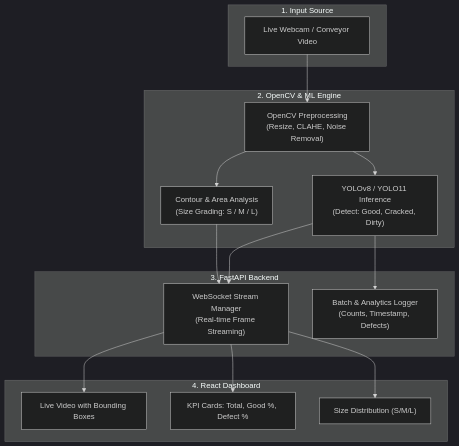
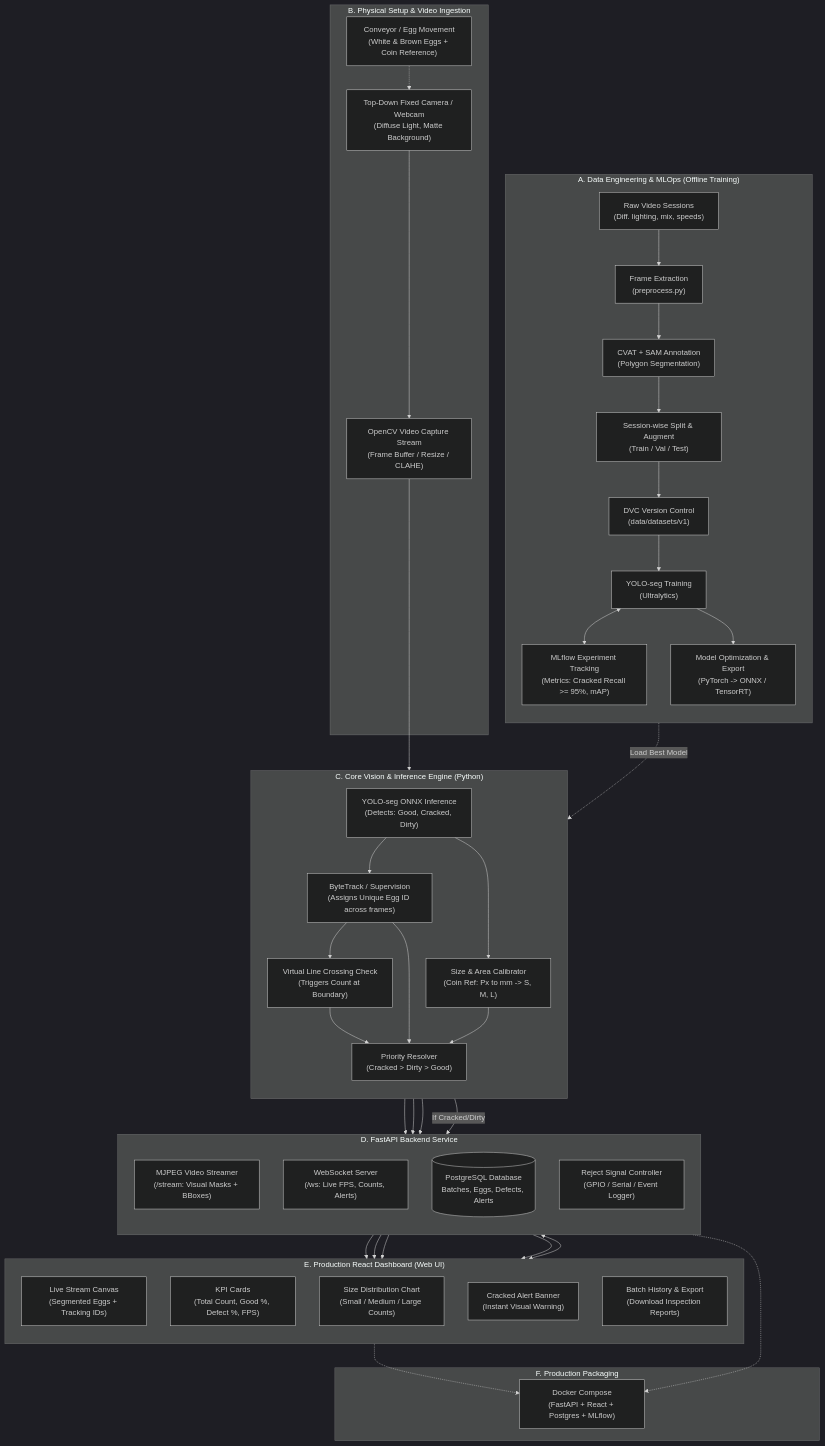
Before and after one commit to jonnalagaddalakshmisaimadhu/Smart-Egg-Inspection-Sorting-System: the diagram in README.md, drawn with Mermaid (dark theme). The commit also changed other lines of this file, not shown here.

Commit message:
docs: update full project idea, end-to-end architecture diagram, and roadmap

````diff
--- a/README.md
+++ b/README.md
@@ -19,33 +44,96 @@
 ```mermaid
 flowchart TD
-    subgraph Input["1. Input Source"]
-        CAM["Live Webcam / Conveyor Video"]
+    %% -------------------------------------------------------------
+    %% LAYER 1: DATA & MLOps PIPELINE (OFFLINE)
+    %% -------------------------------------------------------------
+    subgraph DataMLOps["A. Data Engineering & MLOps (Offline Training)"]
+        direction TB
+        RAW["Raw Video Sessions<br/>(Diff. lighting, mix, speeds)"]
+        EXTRACT["Frame Extraction<br/>(preprocess.py)"]
+        ANNOT["CVAT + SAM Annotation<br/>(Polygon Segmentation)"]
+        SPLIT["Session-wise Split & Augment<br/>(Train / Val / Test)"]
+        DVC["DVC Version Control<br/>(data/datasets/v1)"]
+        TRAIN["YOLO-seg Training<br/>(Ultralytics)"]
+        MLFLOW["MLflow Experiment Tracking<br/>(Metrics: Cracked Recall >= 95%, mAP)"]
+        EXPORT["Model Optimization & Export<br/>(PyTorch -> ONNX / TensorRT)"]
+
+        RAW --> EXTRACT --> ANNOT --> SPLIT --> DVC --> TRAIN
+        TRAIN <--> MLFLOW
+        TRAIN --> EXPORT
     end
 
-    subgraph VisionPipeline["2. OpenCV & ML Engine"]
-        PRE["OpenCV Preprocessing<br/>(Resize, CLAHE, Noise Removal)"]
-        YOLO["YOLOv8 / YOLO11 Inference<br/>(Detect: Good, Cracked, Dirty)"]
-        SIZE["Contour & Area Analysis<br/>(Size Grading: S / M / L)"]
+    %% -------------------------------------------------------------
+    %% LAYER 2: PHYSICAL & VIDEO INGESTION
+    %% -------------------------------------------------------------
+    subgraph Ingestion["B. Physical Setup & Video Ingestion"]
+        CAM["Top-Down Fixed Camera / Webcam<br/>(Diffuse Light, Matte Background)"]
+        CONV["Conveyor / Egg Movement<br/>(White & Brown Eggs + Coin Reference)"]
+        STREAM["OpenCV Video Capture Stream<br/>(Frame Buffer / Resize / CLAHE)"]
+
+        CONV -.-> CAM --> STREAM
     end
 
-    subgraph Backend["3. FastAPI Backend"]
-        WS["WebSocket Stream Manager<br/>(Real-time Frame Streaming)"]
-        LOG["Batch & Analytics Logger<br/>(Counts, Timestamp, Defects)"]
+    %% -------------------------------------------------------------
+    %% LAYER 3: REAL-TIME VISION INFERENCE ENGINE
+    %% -------------------------------------------------------------
+    subgraph VisionEngine["C. Core Vision & Inference Engine (Python)"]
+        direction TB
+        DET["YOLO-seg ONNX Inference<br/>(Detects: Good, Cracked, Dirty)"]
+        TRACK["ByteTrack / Supervision<br/>(Assigns Unique Egg ID across frames)"]
+        LINE["Virtual Line Crossing Check<br/>(Triggers Count at Boundary)"]
+        CALIB["Size & Area Calibrator<br/>(Coin Ref: Px to mm -> S, M, L)"]
+        LOGIC["Priority Resolver<br/>(Cracked > Dirty > Good)"]
+
+        STREAM --> DET
+        DET --> TRACK
+        TRACK --> LINE
+        DET --> CALIB
+        TRACK & CALIB & LINE --> LOGIC
     end
 
-    subgraph Frontend["4. React Dashboard"]
-        UI_FEED["Live Video with Bounding Boxes"]
-        UI_STATS["KPI Cards: Total, Good %, Defect %"]
-        UI_CHART["Size Distribution (S/M/L)"]
+    EXPORT -.->|Load Best Model| DET
+
+    %% -------------------------------------------------------------
+    %% LAYER 4: APPLICATION BACKEND (FASTAPI)
+    %% -------------------------------------------------------------
+    subgraph Backend["D. FastAPI Backend Service"]
+        direction TB
+        MJPEG["MJPEG Video Streamer<br/>(/stream: Visual Masks + BBoxes)"]
+        WS["WebSocket Server<br/>(/ws: Live FPS, Counts, Alerts)"]
+        DB[(PostgreSQL Database<br/>Batches, Eggs, Defects, Alerts)]
+        SORT["Reject Signal Controller<br/>(GPIO / Serial / Event Logger)"]
+
+        LOGIC --> MJPEG
+        LOGIC --> WS
+        LOGIC --> DB
+        LOGIC -->|If Cracked/Dirty| SORT
     end
 
-    CAM --> PRE
-    PRE --> YOLO
-    PRE --> SIZE
-    YOLO --> WS
-    SIZE --> WS
-    WS --> UI_FEED
-    WS --> UI_STATS
-    WS --> UI_CHART
-    YOLO --> LOG
+    %% -------------------------------------------------------------
+    %% LAYER 5: USER INTERFACE (REACT DASHBOARD)
+    %% -------------------------------------------------------------
+    subgraph Frontend["E. Production React Dashboard (Web UI)"]
+        direction TB
+        UI_FEED["Live Stream Canvas<br/>(Segmented Eggs + Tracking IDs)"]
+        UI_KPI["KPI Cards<br/>(Total Count, Good %, Defect %, FPS)"]
+        UI_CHART["Size Distribution Chart<br/>(Small / Medium / Large Counts)"]
+        UI_ALERT["Cracked Alert Banner<br/>(Instant Visual Warning)"]
+        UI_HIST["Batch History & Export<br/>(Download Inspection Reports)"]
+
+        MJPEG --> UI_FEED
+        WS --> UI_KPI
+        WS --> UI_CHART
+        WS --> UI_ALERT
+        DB <--> UI_HIST
+    end
+
+    %% -------------------------------------------------------------
+    %% LAYER 6: PACKAGING
+    %% -------------------------------------------------------------
+    subgraph Deploy["F. Production Packaging"]
+        DOCKER["Docker Compose<br/>(FastAPI + React + Postgres + MLflow)"]
+    end
+
+    Backend -.-> DOCKER
+    Frontend -.-> DOCKER
 ```
````
